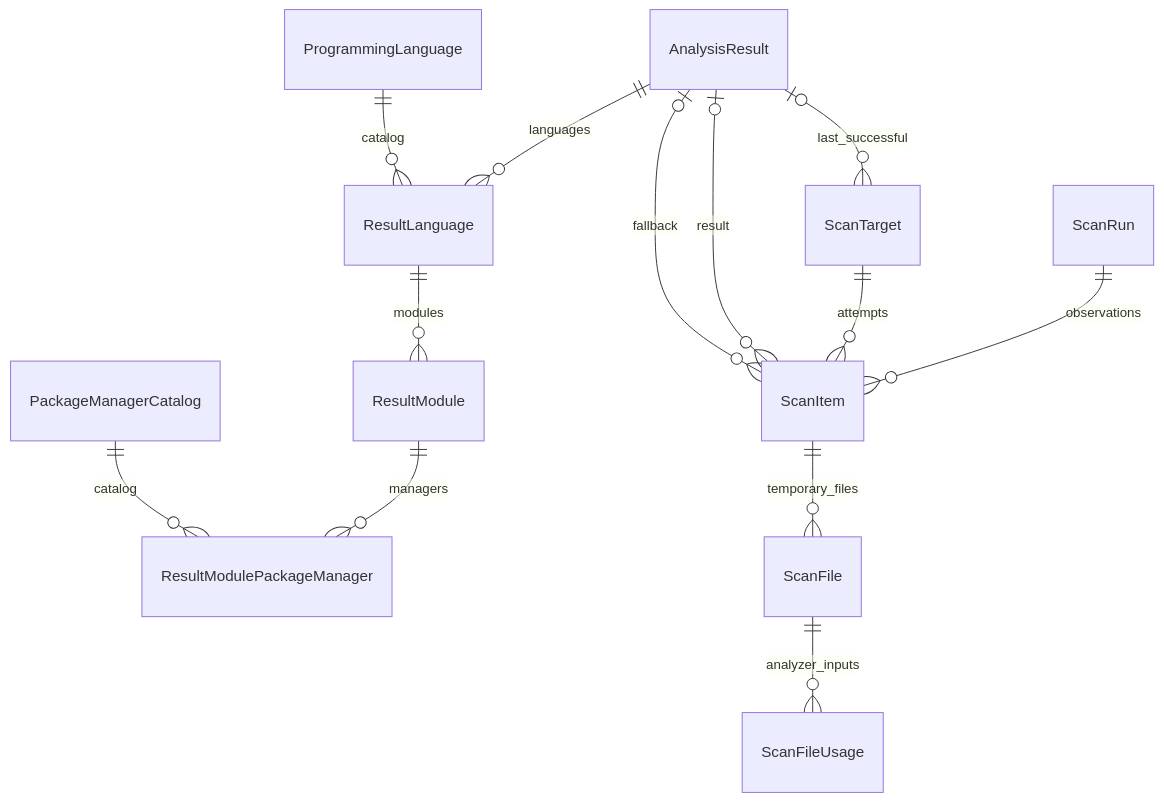
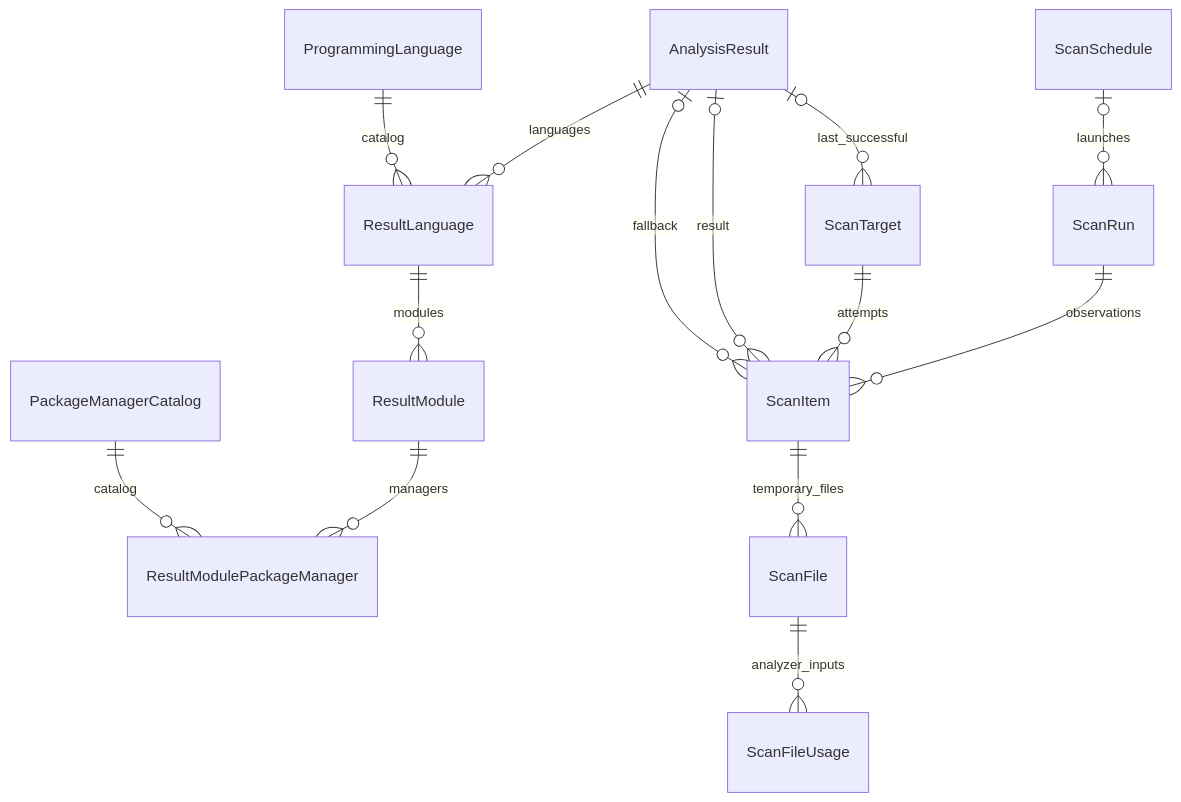
One commit to valentin-korneev/gitlab-radar changed the second of 2 diagrams in docs/architecture.md. Above: the diagram before and after it, drawn with Mermaid. The commit also changed other lines of this file and 34 other files, not shown here.

````diff
--- a/docs/architecture.md
+++ b/docs/architecture.md
@@ -49,15 +51,16 @@
 ```mermaid
 erDiagram
+    ScanSchedule o|--o{ ScanRun : launches
     ScanRun ||--o{ ScanItem : observations
     ScanTarget ||--o{ ScanItem : attempts
     AnalysisResult o|--o{ ScanItem : result
     AnalysisResult o|--o{ ScanItem : fallback
     AnalysisResult o|--o{ ScanTarget : last_successful
     AnalysisResult ||--o{ ResultLanguage : languages
     ProgrammingLanguage ||--o{ ResultLanguage : catalog
     ResultLanguage ||--o{ ResultModule : modules
     ResultModule ||--o{ ResultModulePackageManager : managers
     PackageManagerCatalog ||--o{ ResultModulePackageManager : catalog
     ScanItem ||--o{ ScanFile : temporary_files
     ScanFile ||--o{ ScanFileUsage : analyzer_inputs
 ```
````
